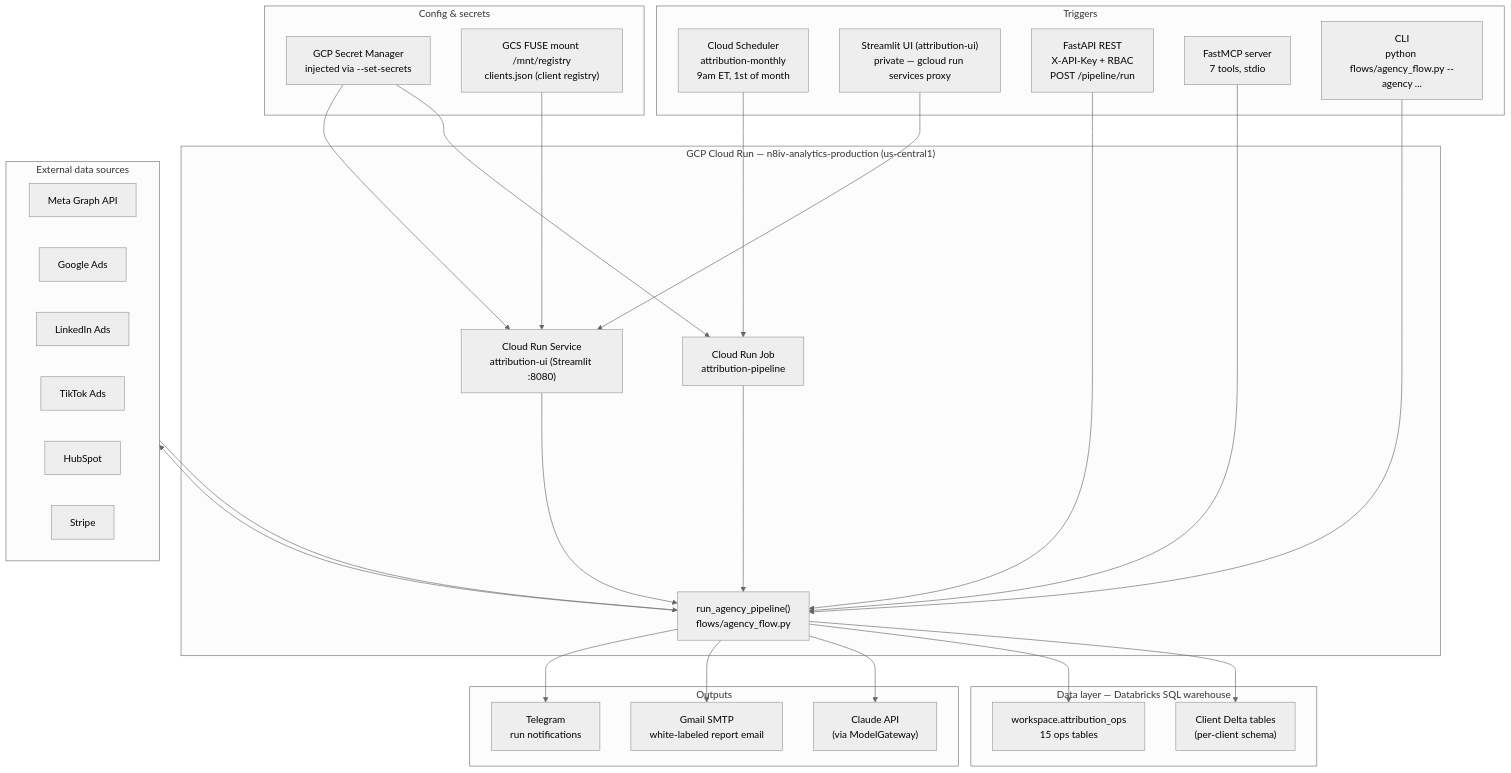
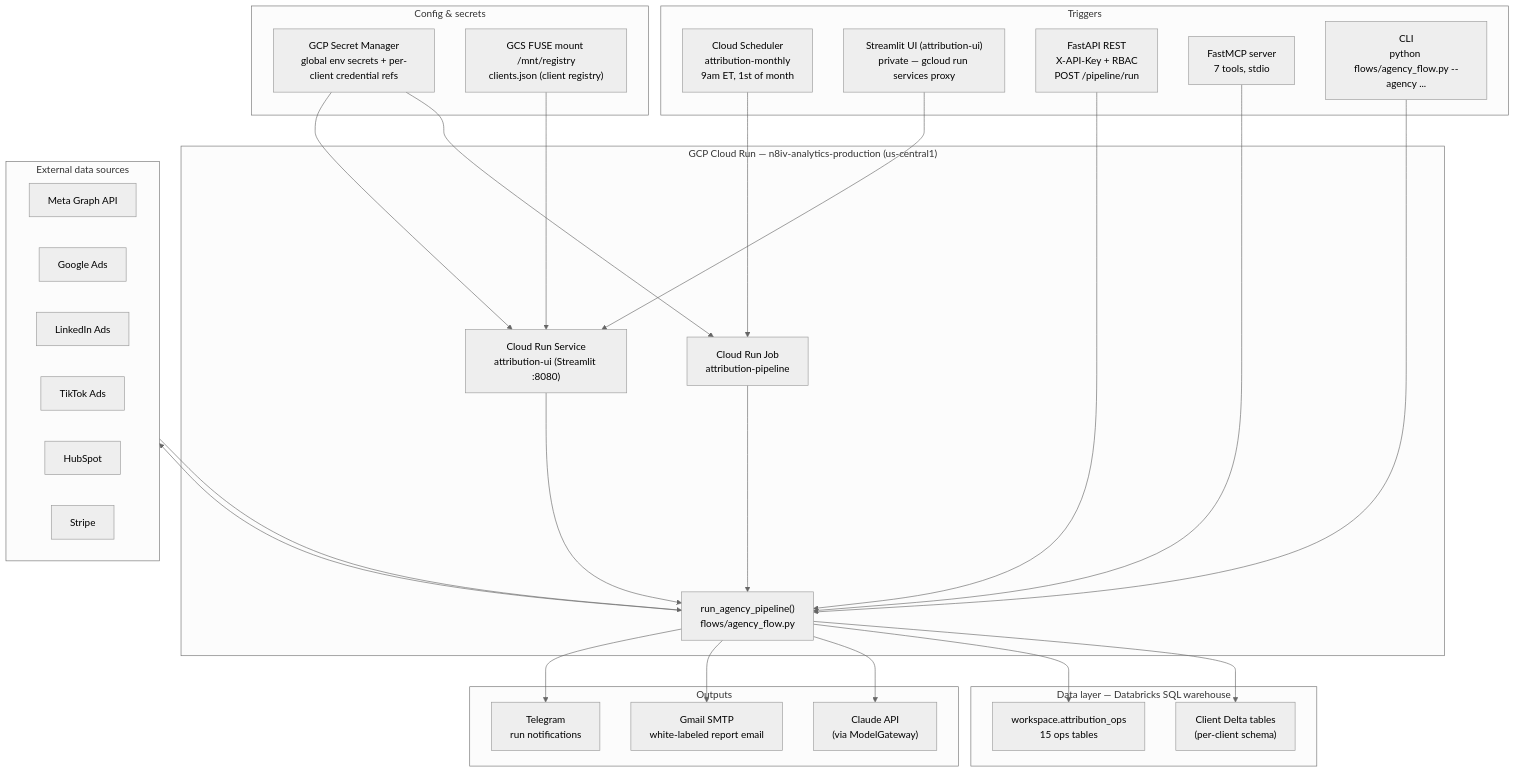
Before and after one commit to N8iVPromotions/attribution-agent: the first of 6 diagrams in docs/ARCHITECTURE.md, drawn with Mermaid (neutral theme). The commit also changed other lines of this file and 28 other files, not shown here.

````diff
--- a/docs/ARCHITECTURE.md
+++ b/docs/ARCHITECTURE.md
@@ -11,58 +12,58 @@
 ```mermaid
 flowchart TD
     subgraph triggers["Triggers"]
         SCHED["Cloud Scheduler<br/>attribution-monthly<br/>9am ET, 1st of month"]
         UI["Streamlit UI (attribution-ui)<br/>private — gcloud run services proxy"]
         API["FastAPI REST<br/>X-API-Key + RBAC<br/>POST /pipeline/run"]
         MCP["FastMCP server<br/>7 tools, stdio"]
         CLI["CLI<br/>python flows/agency_flow.py --agency ..."]
     end
 
     subgraph compute["GCP Cloud Run — n8iv-analytics-production (us-central1)"]
         JOB["Cloud Run Job<br/>attribution-pipeline"]
         SVC["Cloud Run Service<br/>attribution-ui (Streamlit :8080)"]
         PIPE["run_agency_pipeline()<br/>flows/agency_flow.py"]
     end
 
     subgraph secrets["Config & secrets"]
-        SM["GCP Secret Manager<br/>injected via --set-secrets"]
+        SM["GCP Secret Manager<br/>global env secrets + per-client credential refs"]
         GCS["GCS FUSE mount /mnt/registry<br/>clients.json (client registry)"]
     end
 
     subgraph sources["External data sources"]
         META["Meta Graph API"]
         GOOG["Google Ads"]
         LI["LinkedIn Ads"]
         TT["TikTok Ads"]
         HS["HubSpot"]
         STR["Stripe"]
     end
 
     subgraph data["Data layer — Databricks SQL warehouse"]
         DELTA["Client Delta tables<br/>(per-client schema)"]
         OPS["workspace.attribution_ops<br/>15 ops tables"]
     end
 
     subgraph outputs["Outputs"]
         CLAUDE["Claude API<br/>(via ModelGateway)"]
         GMAIL["Gmail SMTP<br/>white-labeled report email"]
         TG["Telegram<br/>run notifications"]
     end
 
     SCHED --> JOB
     CLI --> PIPE
     UI --> SVC --> PIPE
     API --> PIPE
     MCP --> PIPE
     JOB --> PIPE
     SM --> JOB
     SM --> SVC
     GCS --> SVC
     PIPE --> sources
     sources --> PIPE
     PIPE --> DELTA
     PIPE --> OPS
     PIPE --> CLAUDE
     PIPE --> GMAIL
     PIPE --> TG
 ```
````
